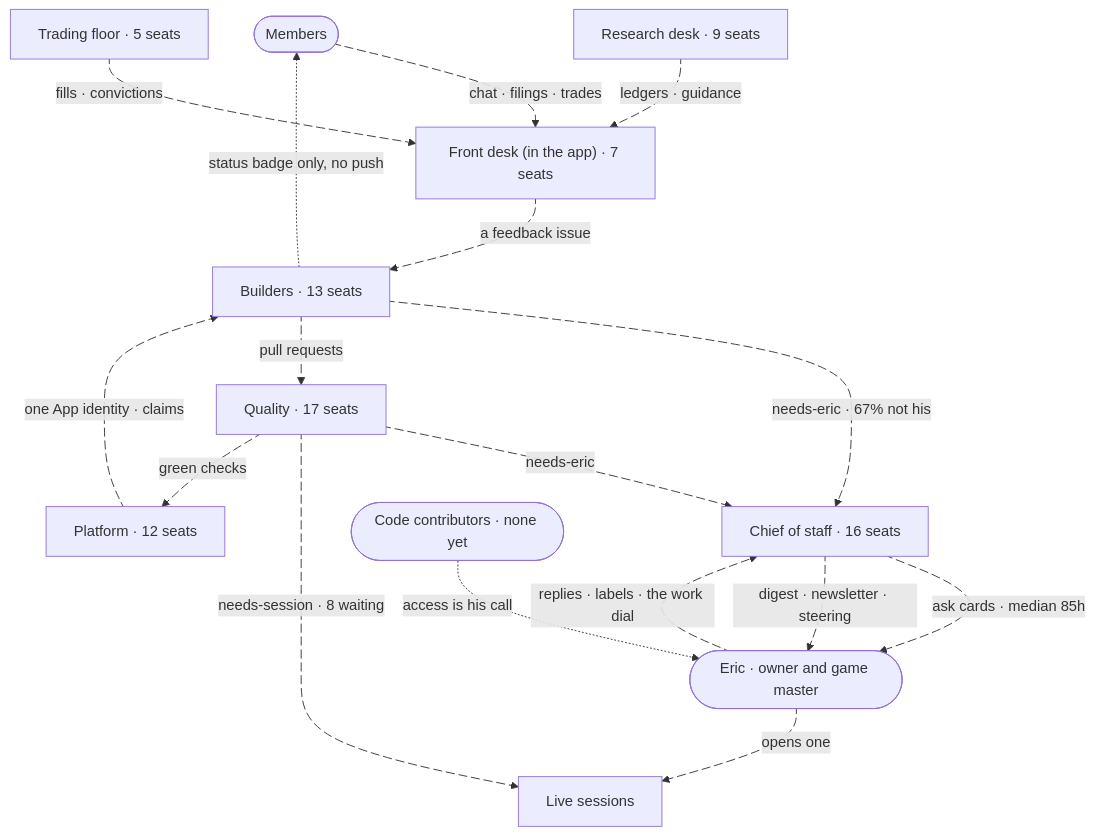
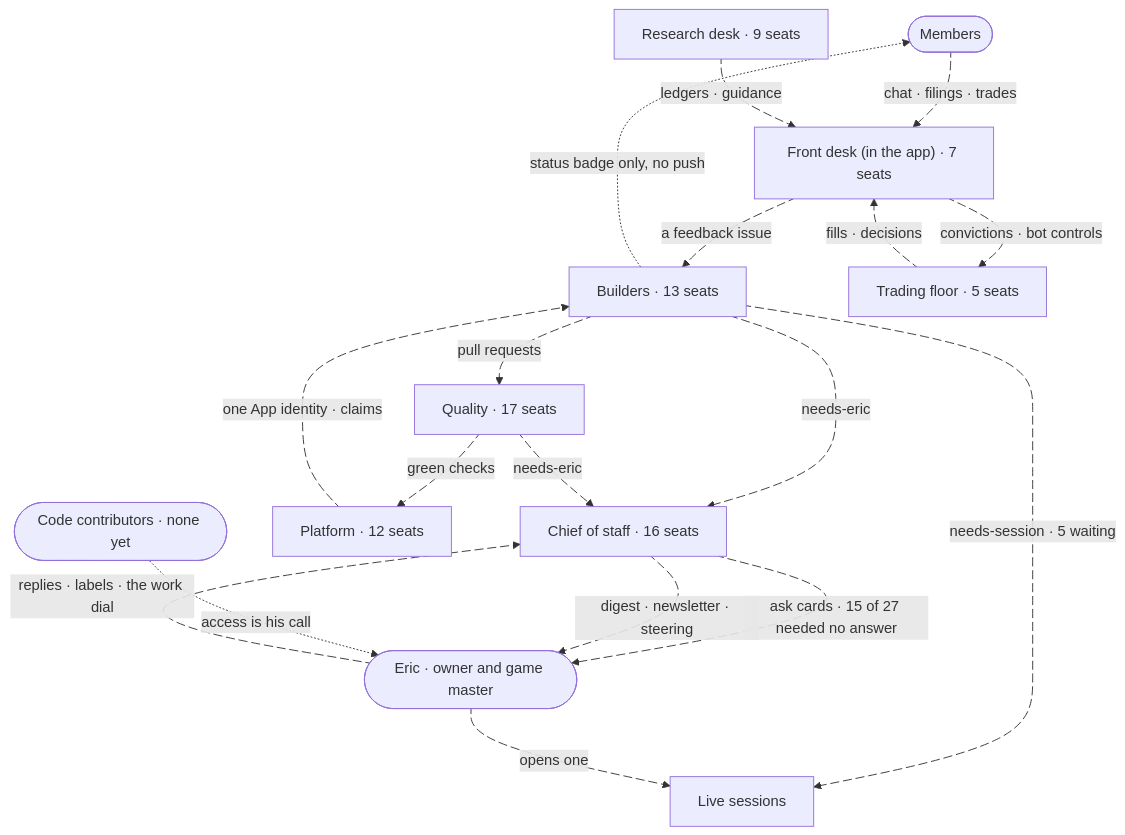
Before and after one commit to ejclark/skynet-capital: the diagram in docs/architecture/org-chart.md, drawn with Mermaid. The commit also changed other lines of this file and 3 other files, not shown here.

First line of the commit message:
fix(org): correct the chart where three refuters showed it wrong

````diff
--- a/docs/architecture/org-chart.md
+++ b/docs/architecture/org-chart.md
@@ -13,44 +13,46 @@
 ```mermaid
 flowchart TD
   members(["Members"])
   front_desk["Front desk (in the app) · 7 seats"]
   build["Builders · 13 seats"]
   staff["Chief of staff · 16 seats"]
   quality["Quality · 17 seats"]
   owner(["Eric · owner and game master"])
   live_sessions["Live sessions"]
   platform["Platform · 12 seats"]
   research["Research desk · 9 seats"]
   trading["Trading floor · 5 seats"]
   contributors(["Code contributors · none yet"])
   members e0@-->|"chat · filings · trades"| front_desk
   front_desk e1@-->|"a feedback issue"| build
   build -.->|"status badge only, no push"| members
-  build e3@-->|"needs-eric · 67% not his"| staff
+  build e3@-->|"needs-eric"| staff
   quality e4@-->|"needs-eric"| staff
-  staff e5@-->|"ask cards · median 85h"| owner
+  staff e5@-->|"ask cards · 15 of 27 needed no answer"| owner
   staff e6@-->|"digest · newsletter · steering"| owner
   owner e7@-->|"replies · labels · the work dial"| staff
-  quality e8@-->|"needs-session · 8 waiting"| live_sessions
+  build e8@-->|"needs-session · 5 waiting"| live_sessions
   owner e9@-->|"opens one"| live_sessions
   build e10@-->|"pull requests"| quality
   quality e11@-->|"green checks"| platform
   platform e12@-->|"one App identity · claims"| build
   research e13@-->|"ledgers · guidance"| front_desk
-  trading e14@-->|"fills · convictions"| front_desk
+  trading e14@-->|"fills · decisions"| front_desk
+  front_desk e15@-->|"convictions · bot controls"| trading
   contributors -.->|"access is his call"| owner
   e0@{ animate: true }
   e1@{ animate: true }
   e3@{ animate: true }
   e4@{ animate: true }
   e5@{ animate: true }
   e6@{ animate: true }
   e7@{ animate: true }
   e8@{ animate: true }
   e9@{ animate: true }
   e10@{ animate: true }
   e11@{ animate: true }
   e12@{ animate: true }
   e13@{ animate: true }
   e14@{ animate: true }
+  e15@{ animate: true }
 ```
````
